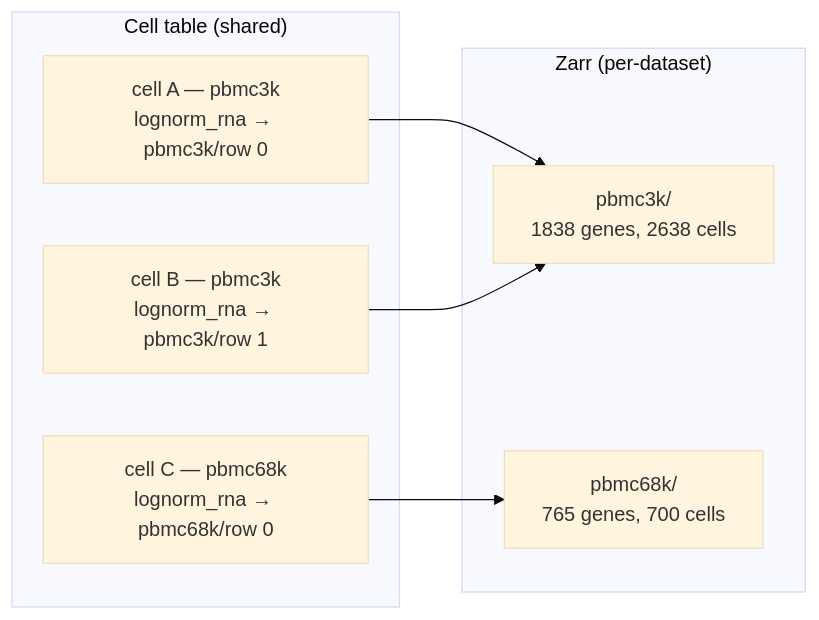
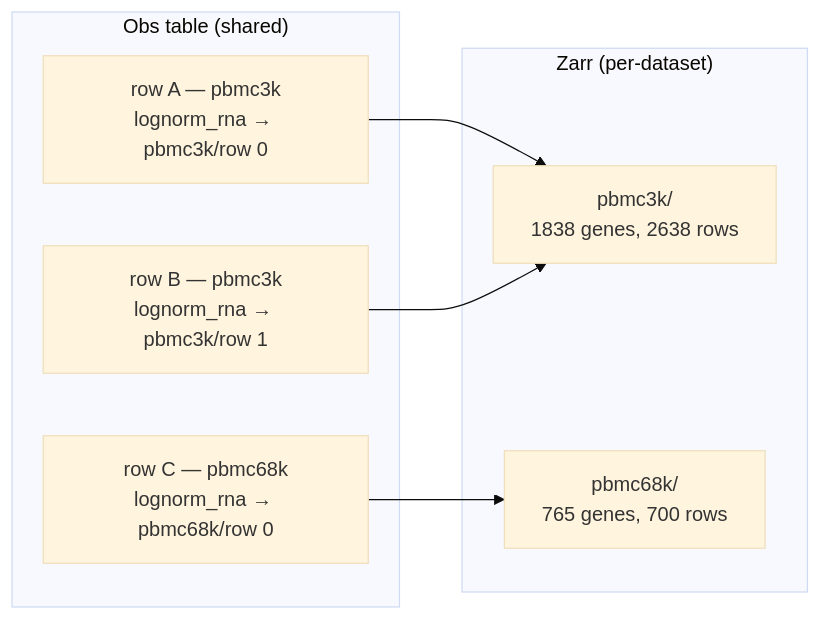
One commit to epiblastai/homeobox changed the first of 2 diagrams in docs/atlas.md. Above: the diagram before and after it, drawn with Mermaid (base theme). The commit also changed other lines of this file and 5 other files, not shown here.

````diff
--- a/docs/atlas.md
+++ b/docs/atlas.md
@@ -9,16 +9,16 @@
 ```mermaid
 graph LR
-    subgraph "Cell table (shared)"
-        c1["cell A — pbmc3k\nlognorm_rna → pbmc3k/row 0"]
-        c2["cell B — pbmc3k\nlognorm_rna → pbmc3k/row 1"]
-        c3["cell C — pbmc68k\nlognorm_rna → pbmc68k/row 0"]
+    subgraph "Obs table (shared)"
+        c1["row A — pbmc3k\nlognorm_rna → pbmc3k/row 0"]
+        c2["row B — pbmc3k\nlognorm_rna → pbmc3k/row 1"]
+        c3["row C — pbmc68k\nlognorm_rna → pbmc68k/row 0"]
     end
 
     subgraph "Zarr (per-dataset)"
-        z1["pbmc3k/\n1838 genes, 2638 cells"]
-        z2["pbmc68k/\n765 genes, 700 cells"]
+        z1["pbmc3k/\n1838 genes, 2638 rows"]
+        z2["pbmc68k/\n765 genes, 700 rows"]
     end
 
     c1 & c2 --> z1
     c3 --> z2
 ```
````
